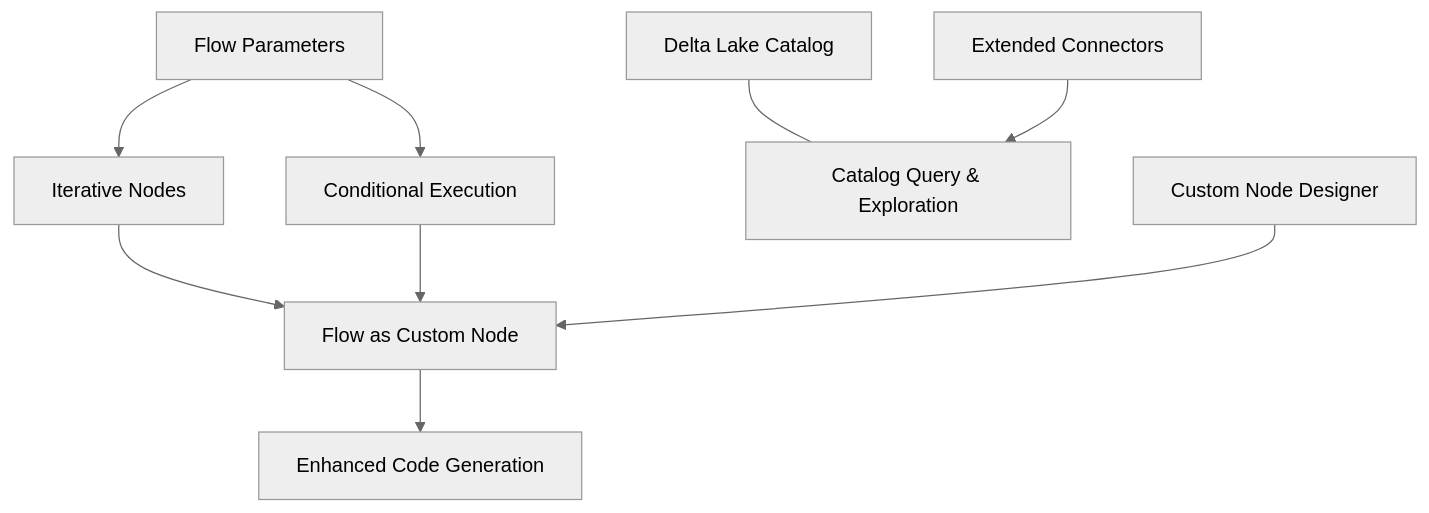
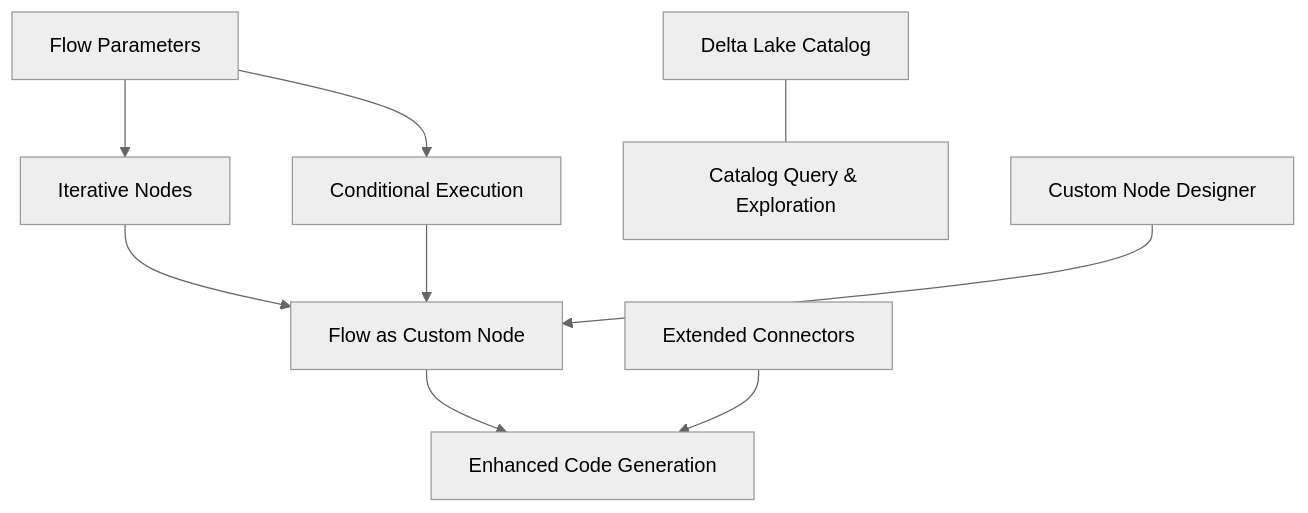
The diagram in docs/for-developers/roadmap/index.md (Edwardvaneechoud/Flowfile), drawn with Mermaid (neutral theme) before and after one commit. The commit also changed other lines of this file and 1 other file, not shown here.

First line of the commit message:
Clarify that extended connectors are about external read/write nodes, not catalog

````diff
--- a/docs/for-developers/roadmap/index.md
+++ b/docs/for-developers/roadmap/index.md
@@ -70,11 +70,11 @@
 ```mermaid
 graph TD
     P[Flow Parameters] --> I[Iterative Nodes]
     P --> C[Conditional Execution]
     I --> F[Flow as Custom Node]
     C --> F
     D[Delta Lake Catalog] --- Q[Catalog Query & Exploration]
-    E[Extended Connectors] --> Q
     N[Custom Node Designer] --> F
     F --> G[Enhanced Code Generation]
+    E[Extended Connectors] --> G
 ```
````
